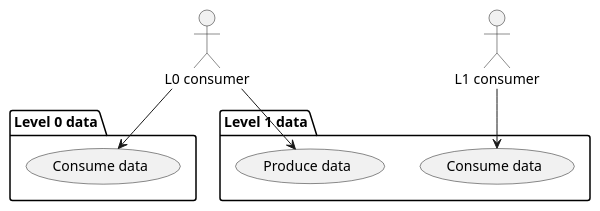
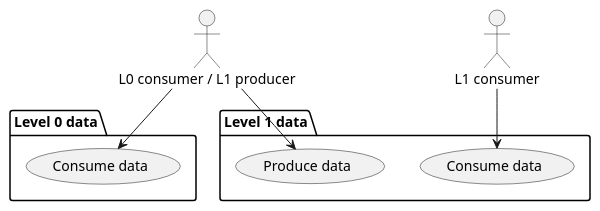
One commit to metno/S-ENDA-documentation changed the diagram in source/users.puml. Above: the diagram before and after it, drawn with PlantUML.

```diff
--- a/source/users.puml
+++ b/source/users.puml
@@ -1,19 +1,19 @@
 @startuml
 
 package "Level 0 data" as L0 {
   (Consume data) as (CD0)
 }
 
 package "Level 1 data" as L1 {
   (Produce data) as (PD1)
   (Consume data) as (CD1)
 }
 
-actor "L0 consumer" as L0C
+actor "L0 consumer / L1 producer" as L0C
 actor "L1 consumer" as L1C
 
 L0C --> (CD0)
 L0C --> (PD1)
 L1C --> (CD1)
 
 @enduml
```
